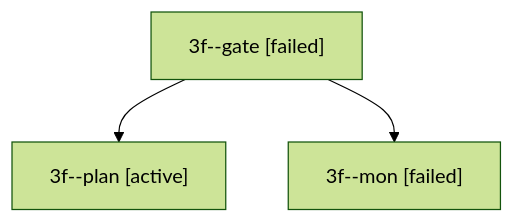
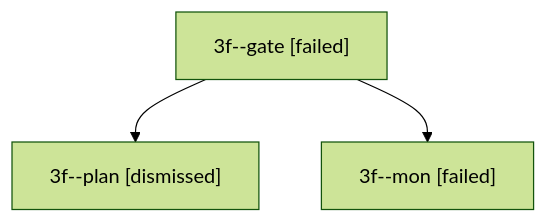
Before and after one commit to bobs-org/bob-cli--agents: the diagram in sessions/bbugyi200.apollo.3f.md, drawn with Mermaid (forest theme). The commit also changed other lines of this file and 24 other files, not shown here.

````diff
--- a/sessions/bbugyi200.apollo.3f.md
+++ b/sessions/bbugyi200.apollo.3f.md
@@ -9,8 +9,8 @@
 ```mermaid
 flowchart TD
   n0["3f--gate [failed]"]
-  n1["3f--plan [active]"]
+  n1["3f--plan [dismissed]"]
   n0 --> n1
   n2["3f--mon [failed]"]
   n0 --> n2
 ```
````
